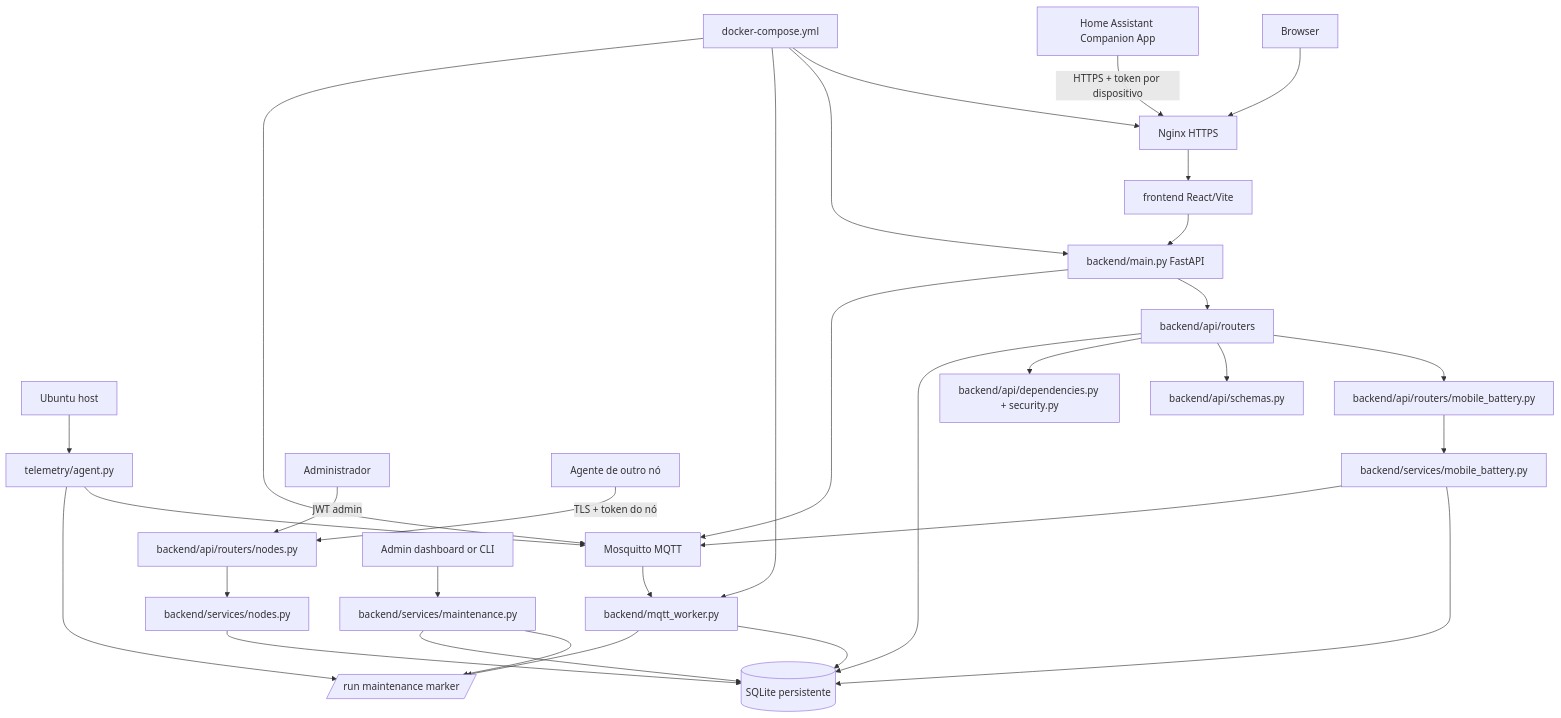
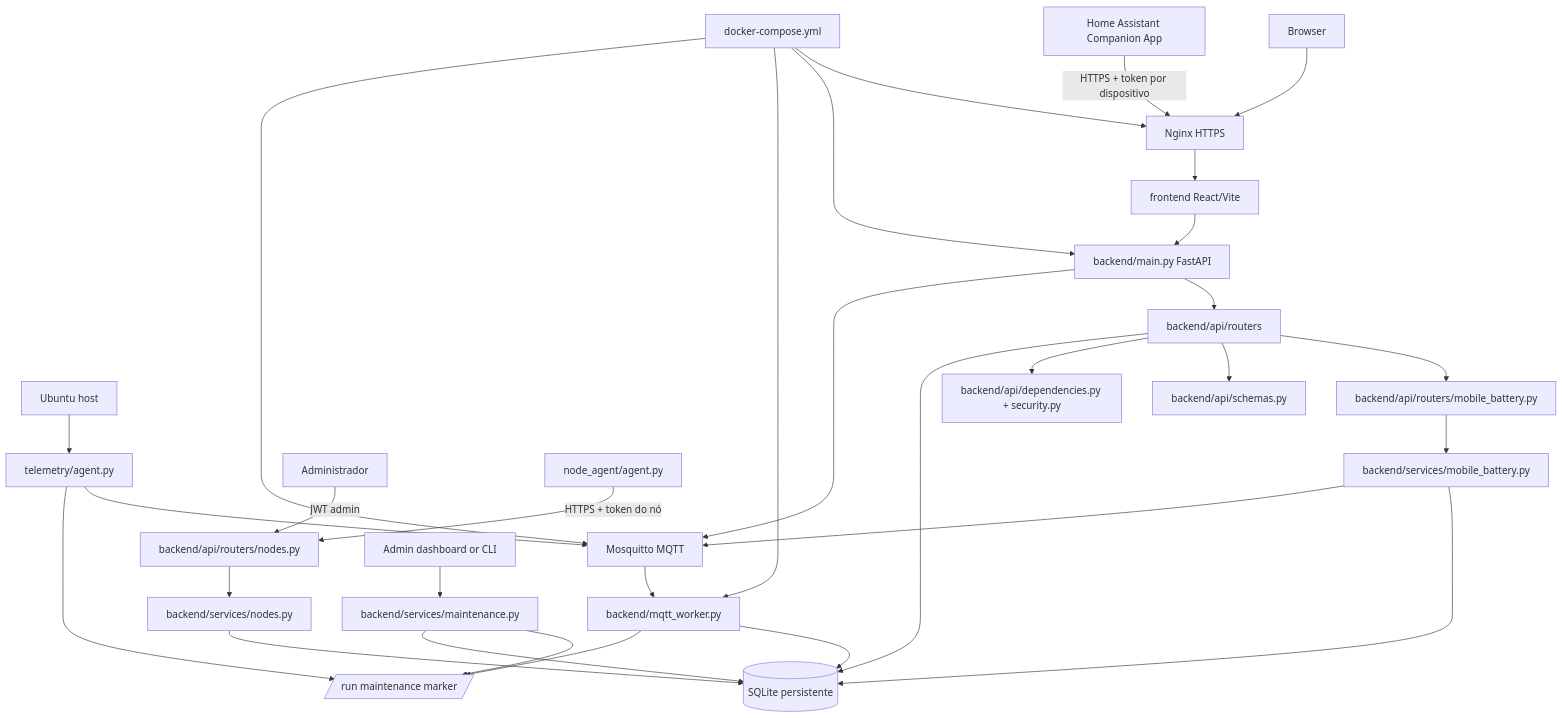
One commit to astec10/nivus-edge-node changed the first of 2 diagrams in docs/MODULE_MAP.md. Above: the diagram before and after it, drawn with Mermaid. The commit also changed other lines of this file and 9 other files, not shown here.

Commit message:
docs: record node agent milestone and refresh knowledge index

````diff
--- a/docs/MODULE_MAP.md
+++ b/docs/MODULE_MAP.md
@@ -7,33 +7,33 @@
 ```mermaid
 flowchart TD
   Host[Ubuntu host] --> Agent[telemetry/agent.py]
   Agent --> MQTT[Mosquitto MQTT]
   MQTT --> Worker[backend/mqtt_worker.py]
   Worker --> DB[(SQLite persistente)]
   Browser[Browser] --> Nginx[Nginx HTTPS]
   Nginx --> UI[frontend React/Vite]
   UI --> API[backend/main.py FastAPI]
   API --> Routers[backend/api/routers]
   Phone[Home Assistant Companion App] -->|HTTPS + token por dispositivo| Nginx
   Routers --> BatteryRouter[backend/api/routers/mobile_battery.py]
   BatteryRouter --> BatteryService[backend/services/mobile_battery.py]
   BatteryService --> DB
   BatteryService --> MQTT
   Admin[Administrador] -->|JWT admin| NodesRouter[backend/api/routers/nodes.py]
-  NodeAgent[Agente de outro nó] -->|TLS + token do nó| NodesRouter
+  NodeAgent[node_agent/agent.py] -->|HTTPS + token do nó| NodesRouter
   NodesRouter --> NodesService[backend/services/nodes.py]
   NodesService --> DB
   Routers --> Schemas[backend/api/schemas.py]
   Routers --> Auth[backend/api/dependencies.py + security.py]
   Routers --> DB
   API --> MQTT
   Operator[Admin dashboard or CLI] --> Maintenance[backend/services/maintenance.py]
   Maintenance --> State[/run maintenance marker/]
   Maintenance --> DB
   Agent[telemetry/agent.py] --> State
   Worker[backend/mqtt_worker.py] --> State
   Compose[docker-compose.yml] --> Nginx
   Compose --> API
   Compose --> Worker
   Compose --> MQTT
 ```
````
